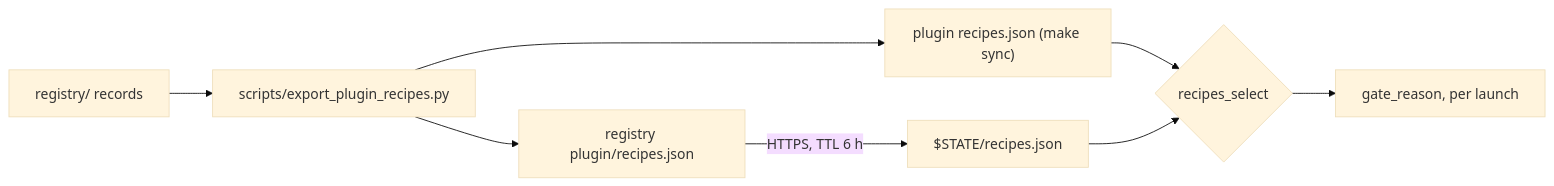
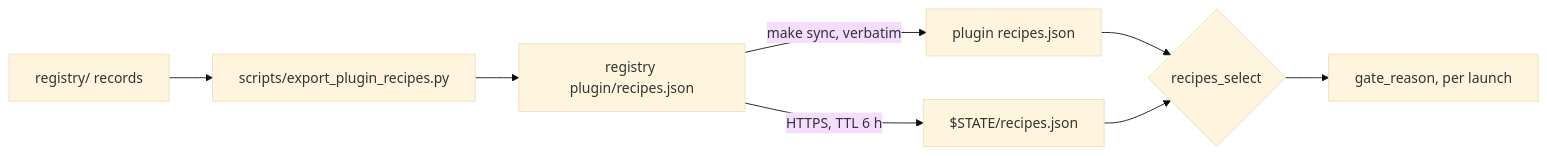
The diagram in wiki/15-registry-and-ci.md (0xSero/omarchy-local-ai), drawn with Mermaid (base theme) before and after one commit. The commit also changed other lines of this file and 26 other files, not shown here.

````diff
--- a/wiki/15-registry-and-ci.md
+++ b/wiki/15-registry-and-ci.md
@@ -52,10 +52,10 @@
 ```mermaid
 flowchart LR
   Records["registry/ records"] --> Export["scripts/export_plugin_recipes.py"]
   Export --> Published["registry plugin/recipes.json"]
-  Export --> Vendored["plugin recipes.json (make sync)"]
+  Published -- "make sync, verbatim" --> Vendored["plugin recipes.json"]
   Published -- "HTTPS, TTL 6 h" --> Live["$STATE/recipes.json"]
   Vendored --> Use{"recipes_select"}
   Live --> Use
   Use --> Gate["gate_reason, per launch"]
 ```
````
